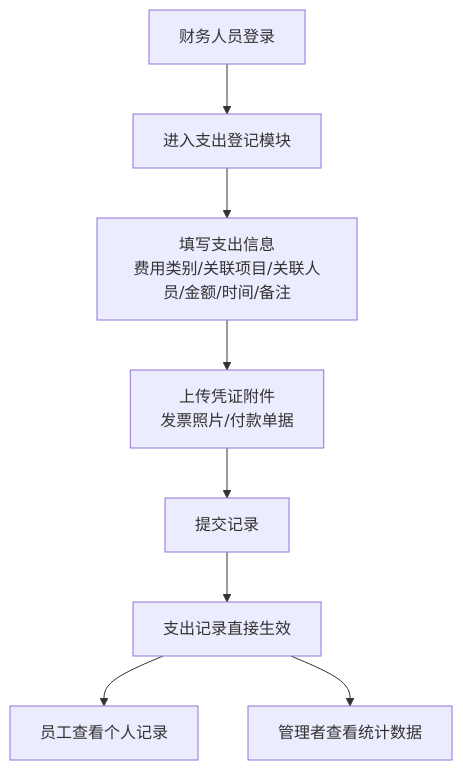
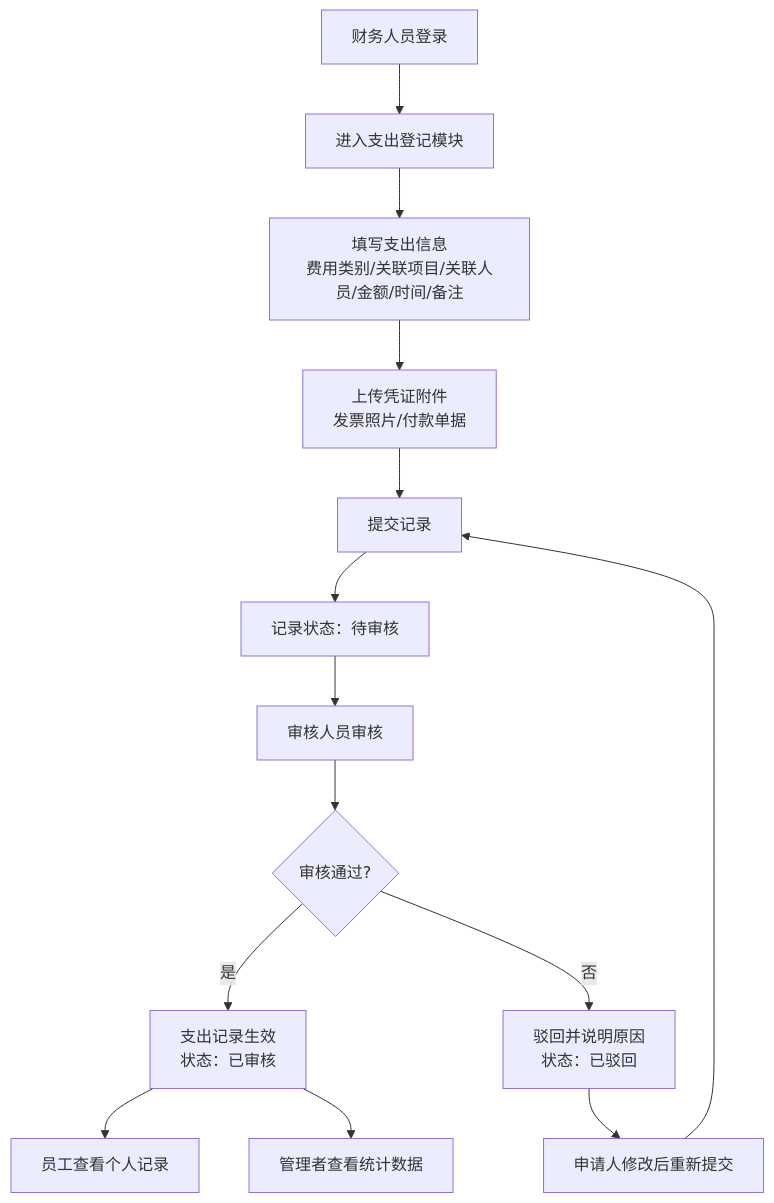
The third of 5 diagrams in docs/需求规格说明书.md (v5general/Account_Management_System), drawn with Mermaid before and after one commit. The commit also changed other lines of this file, not shown here.

````diff
--- a/docs/需求规格说明书.md
+++ b/docs/需求规格说明书.md
@@ -143,10 +144,16 @@
 ```mermaid
 flowchart TD
     A[财务人员登录] --> B[进入支出登记模块]
     B --> C[填写支出信息<br/>费用类别/关联项目/关联人员/金额/时间/备注]
     C --> D[上传凭证附件<br/>发票照片/付款单据]
     D --> E[提交记录]
-    E --> F[支出记录直接生效]
-    F --> G[员工查看个人记录]
-    F --> H[管理者查看统计数据]
+    E --> F[记录状态：待审核]
+    F --> G[审核人员审核]
+    G --> H{审核通过?}
+    H -->|是| I[支出记录生效<br/>状态：已审核]
+    H -->|否| J[驳回并说明原因<br/>状态：已驳回]
+    I --> K[员工查看个人记录]
+    I --> L[管理者查看统计数据]
+    J --> M[申请人修改后重新提交]
+    M --> E
 ```
````
